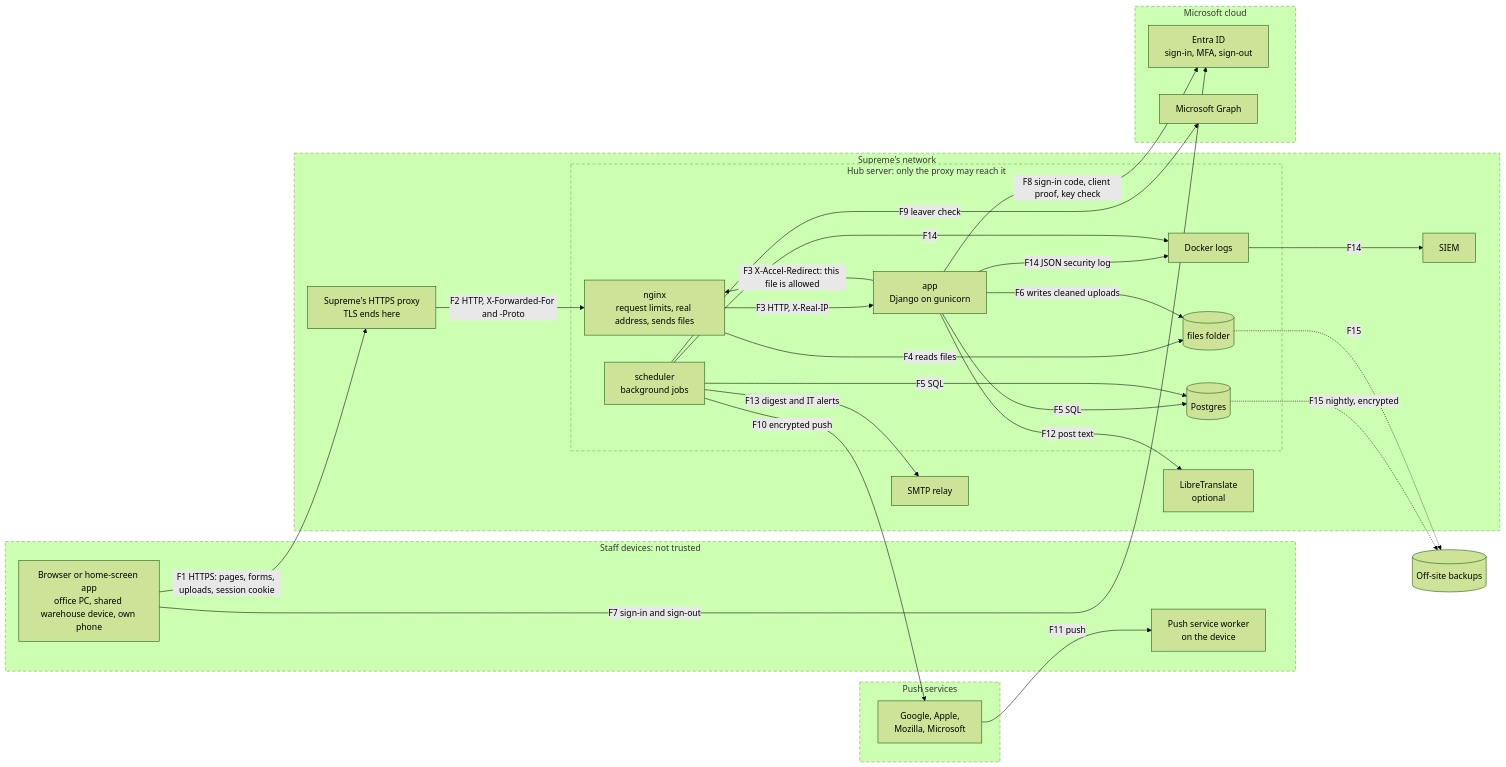
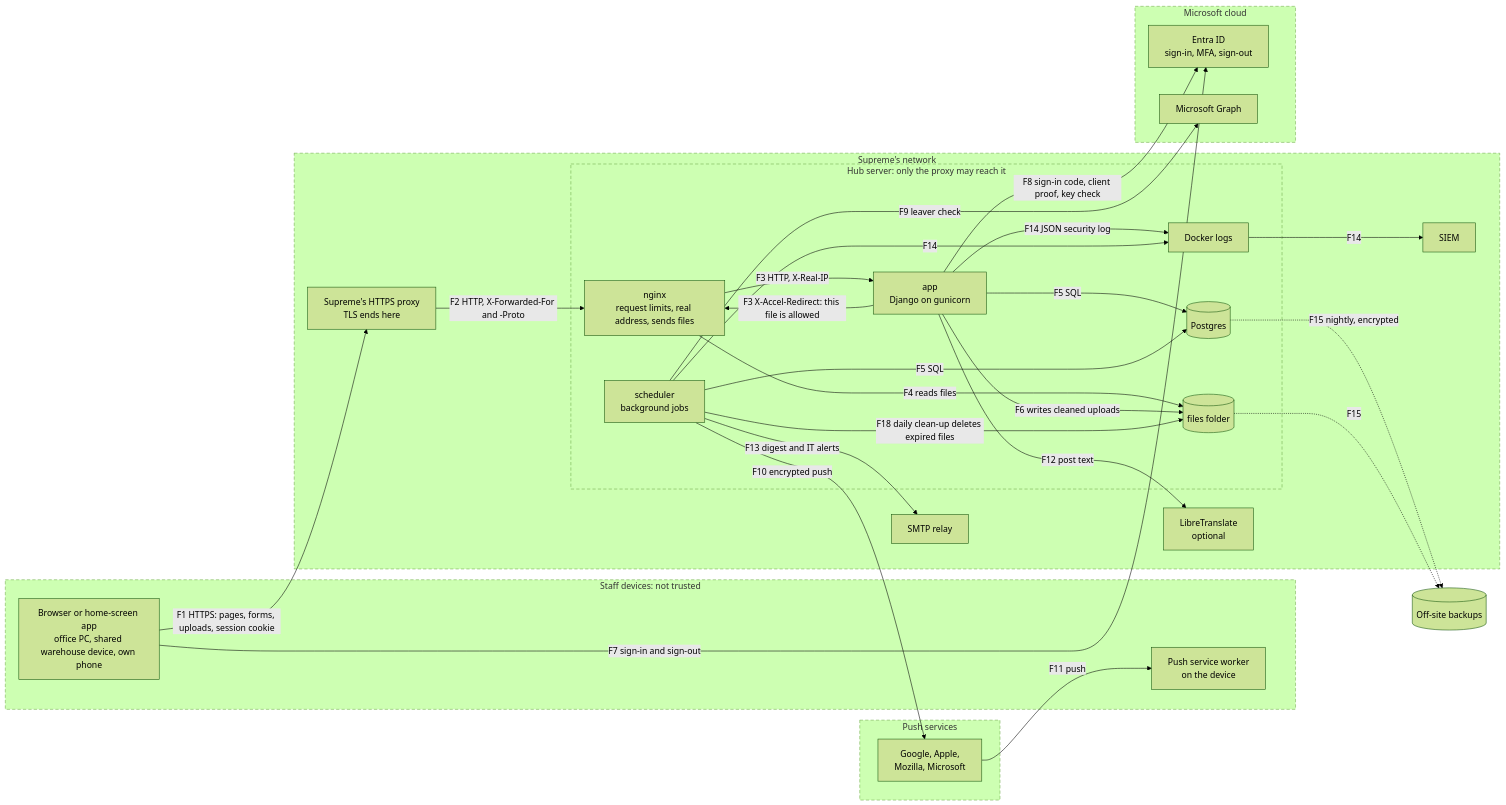
One commit to mrvraz/one-supreme changed the diagram in docs/security/THREAT-MODEL.md. Above: the diagram before and after it, drawn with Mermaid (forest theme). The commit also changed other lines of this file and 2 other files, not shown here.

First line of the commit message:
Threat model and ASVS: match the sign-out, cache and refusal-log fixes; add the clean-up flow

````diff
--- a/docs/security/THREAT-MODEL.md
+++ b/docs/security/THREAT-MODEL.md
@@ -82,56 +82,57 @@
 ```mermaid
 flowchart LR
   subgraph DEV["Staff devices: not trusted"]
     B["Browser or home-screen app<br/>office PC, shared warehouse device, own phone"]
     SW["Push service worker<br/>on the device"]
   end
   subgraph SUP["Supreme's network"]
     P["Supreme's HTTPS proxy<br/>TLS ends here"]
     SMTP["SMTP relay"]
     LT["LibreTranslate<br/>optional"]
     SIEM["SIEM"]
     subgraph SRV["Hub server: only the proxy may reach it"]
       N["nginx<br/>request limits, real address, sends files"]
       A["app<br/>Django on gunicorn"]
       S["scheduler<br/>background jobs"]
       DB[("Postgres")]
       M[("files folder")]
       L["Docker logs"]
     end
   end
   subgraph MS["Microsoft cloud"]
     E["Entra ID<br/>sign-in, MFA, sign-out"]
     G["Microsoft Graph"]
   end
   subgraph PUSH["Push services"]
     PS["Google, Apple,<br/>Mozilla, Microsoft"]
   end
   BK[("Off-site backups")]
 
   B -- "F1 HTTPS: pages, forms, uploads, session cookie" --> P
   P -- "F2 HTTP, X-Forwarded-For and -Proto" --> N
   N -- "F3 HTTP, X-Real-IP" --> A
   A -- "F3 X-Accel-Redirect: this file is allowed" --> N
   N -- "F4 reads files" --> M
   A -- "F5 SQL" --> DB
   S -- "F5 SQL" --> DB
   A -- "F6 writes cleaned uploads" --> M
+  S -- "F18 daily clean-up deletes expired files" --> M
   B -- "F7 sign-in and sign-out" --> E
   A -- "F8 sign-in code, client proof, key check" --> E
   S -- "F9 leaver check" --> G
   S -- "F10 encrypted push" --> PS
   PS -- "F11 push" --> SW
   A -- "F12 post text" --> LT
   S -- "F13 digest and IT alerts" --> SMTP
   A -- "F14 JSON security log" --> L
   S -- "F14" --> L
   L -- "F14" --> SIEM
   DB -.->|"F15 nightly, encrypted"| BK
   M -.->|"F15"| BK
 
   style DEV stroke-dasharray: 6 4
   style SUP stroke-dasharray: 6 4
   style SRV stroke-dasharray: 6 4
   style MS stroke-dasharray: 6 4
   style PUSH stroke-dasharray: 6 4
 ```
````
